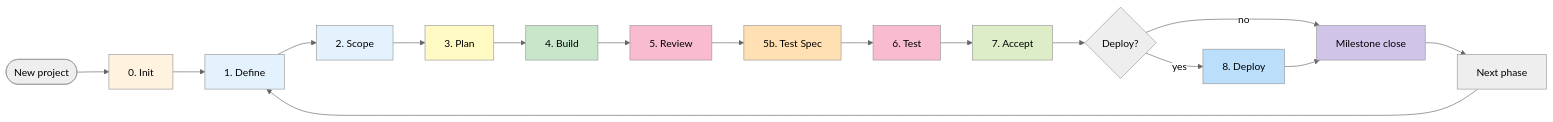
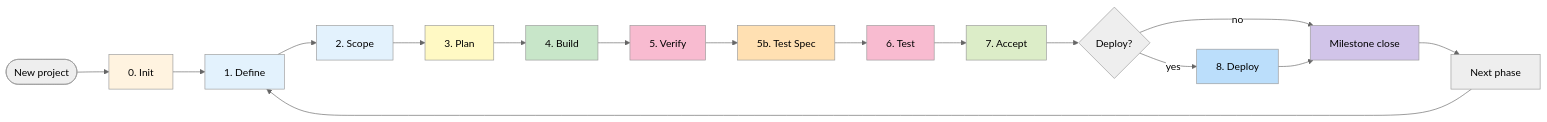
One commit to vietdev99/vgflow changed the diagram in commands/vg/LIFECYCLE.md. Above: the diagram before and after it, drawn with Mermaid (neutral theme). The commit also changed other lines of this file and 4 other files, not shown here.

````diff
--- a/commands/vg/LIFECYCLE.md
+++ b/commands/vg/LIFECYCLE.md
@@ -16,30 +16,30 @@
 ```mermaid
 flowchart LR
     Start([New project]) --> P0[0. Init]
     P0 --> P1[1. Define]
     P1 --> P2[2. Scope]
     P2 --> P3[3. Plan]
     P3 --> P4[4. Build]
-    P4 --> P5[5. Review]
+    P4 --> P5[5. Verify]
     P5 --> P5B[5b. Test Spec]
     P5B --> P6[6. Test]
     P6 --> P7[7. Accept]
     P7 --> P8{Deploy?}
     P8 -->|yes| Deploy[8. Deploy]
     P8 -->|no| Close[Milestone close]
     Deploy --> Close
     Close --> NextPhase[Next phase]
     NextPhase --> P1
 
     style P0 fill:#fff3e0
     style P1 fill:#e3f2fd
     style P2 fill:#e3f2fd
     style P3 fill:#fff9c4
     style P4 fill:#c8e6c9
     style P5 fill:#f8bbd0
     style P5B fill:#ffe0b2
     style P6 fill:#f8bbd0
     style P7 fill:#dcedc8
     style Deploy fill:#bbdefb
     style Close fill:#d1c4e9
 ```
````
